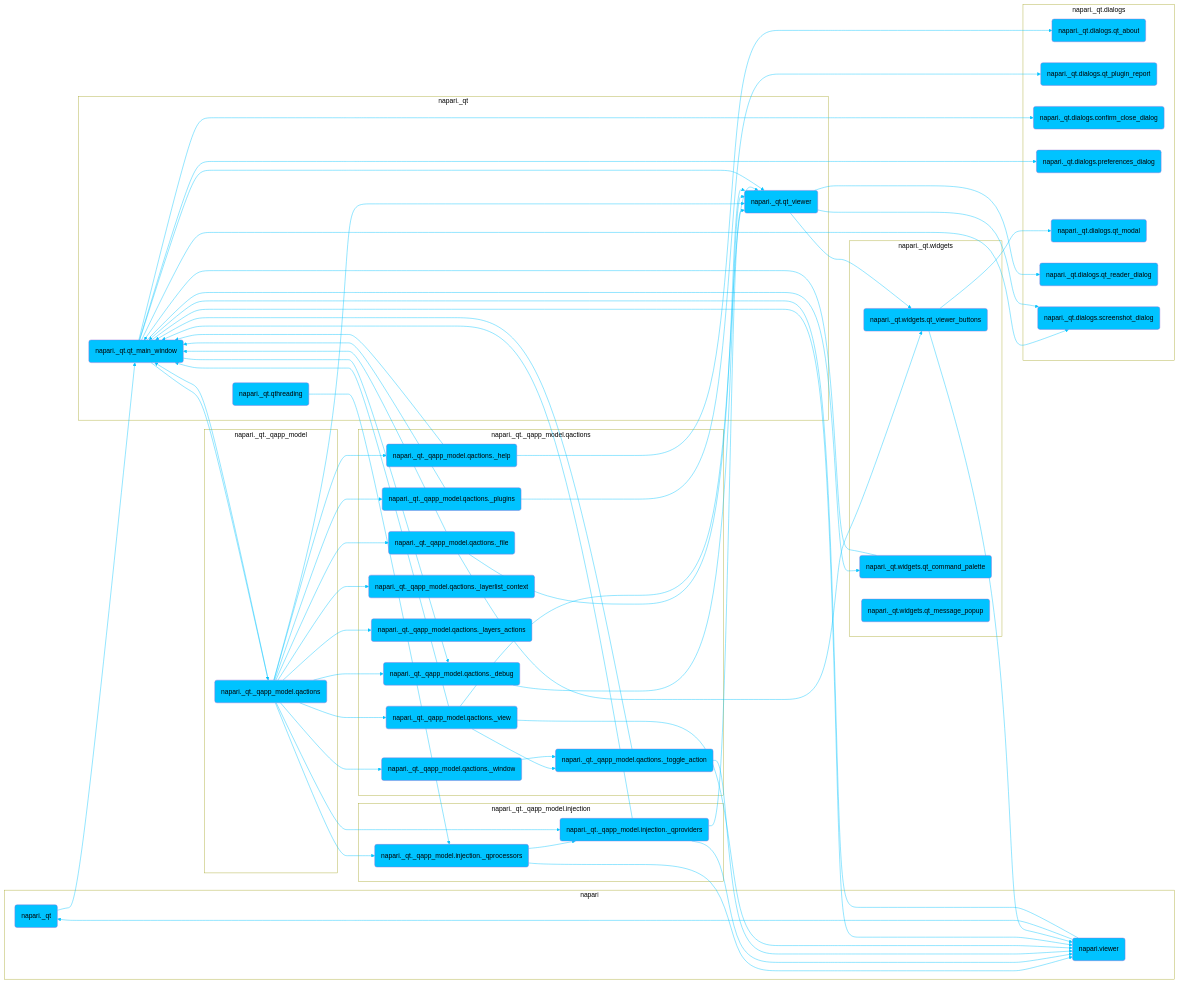
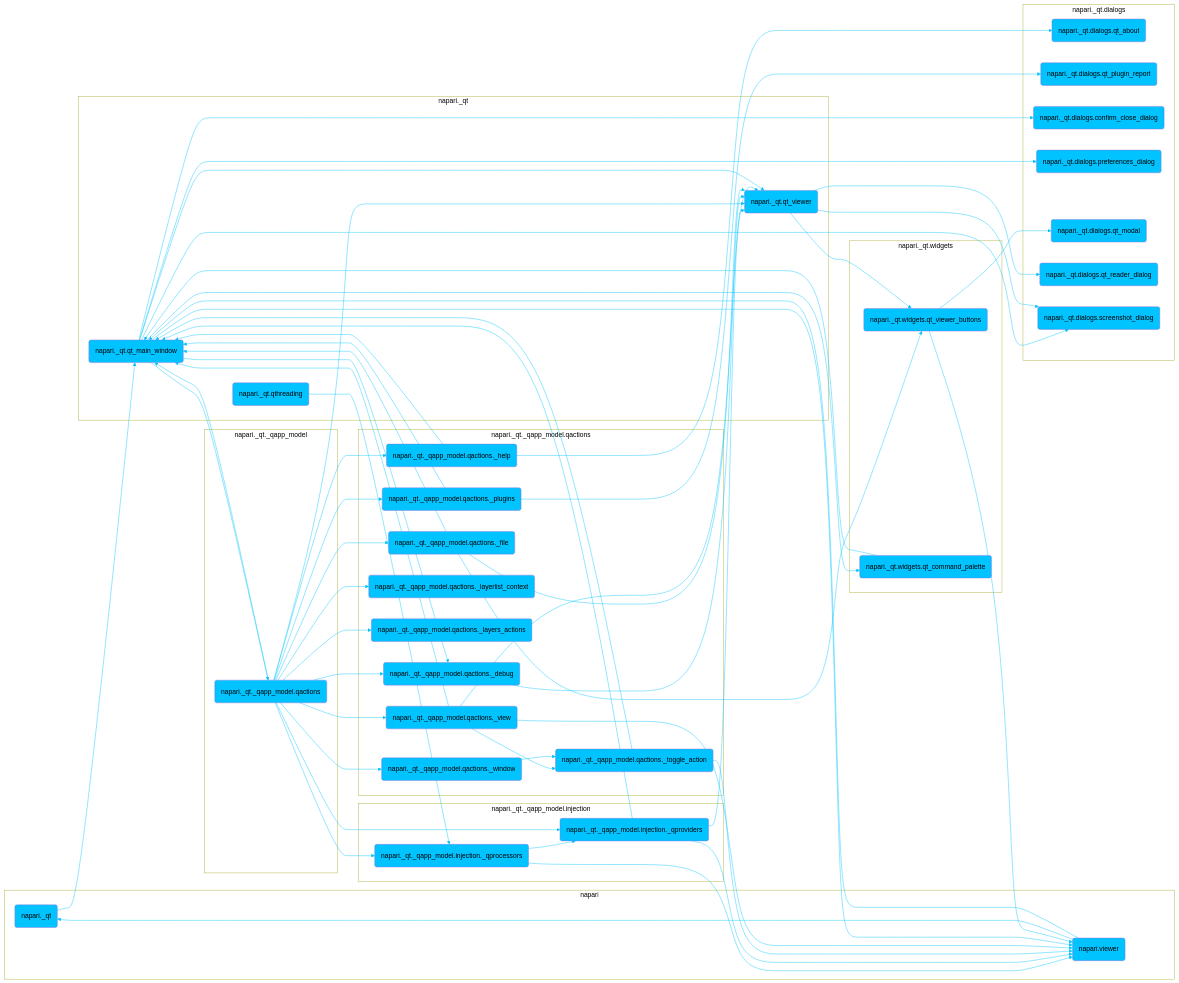
The diagram in dev/_sources/developers/architecture/ui_sections/application_menus_ui.md (melissawm/napari.github.io), drawn with Mermaid before and after one commit. The commit also changed other lines of this file and 662 other files, not shown here.

```diff
--- a/dev/_sources/developers/architecture/ui_sections/application_menus_ui.md
+++ b/dev/_sources/developers/architecture/ui_sections/application_menus_ui.md
@@ -98,8 +98,6 @@
 	napari._qt.widgets.qt_command_palette(napari._qt.widgets.qt_command_palette)
 	napari._qt.widgets.qt_command_palette --> napari._qt.qt_main_window
 	click napari._qt.widgets.qt_command_palette "https://github.com/napari/napari/tree/main/napari/_qt/widgets/qt_command_palette.py" _blank
-	napari._qt.widgets.qt_message_popup(napari._qt.widgets.qt_message_popup)
-	click napari._qt.widgets.qt_message_popup "https://github.com/napari/napari/tree/main/napari/_qt/widgets/qt_message_popup.py" _blank
 	napari._qt.widgets.qt_viewer_buttons(napari._qt.widgets.qt_viewer_buttons)
 	napari._qt.widgets.qt_viewer_buttons --> napari._qt.dialogs.qt_modal
 	napari._qt.widgets.qt_viewer_buttons --> napari.viewer
@@ -152,7 +150,6 @@
 	class module.napari._qt subgraphs
 	subgraph module.napari._qt.widgets[napari._qt.widgets]
 		 napari._qt.widgets.qt_command_palette
-		 napari._qt.widgets.qt_message_popup
 		 napari._qt.widgets.qt_viewer_buttons
 	end
 	class module.napari._qt.widgets subgraphs
```
